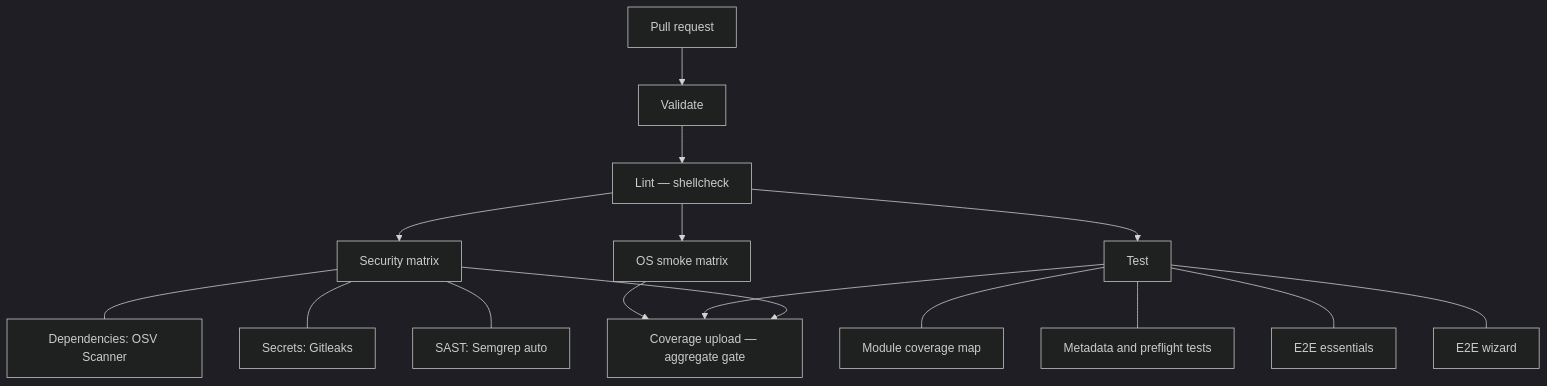
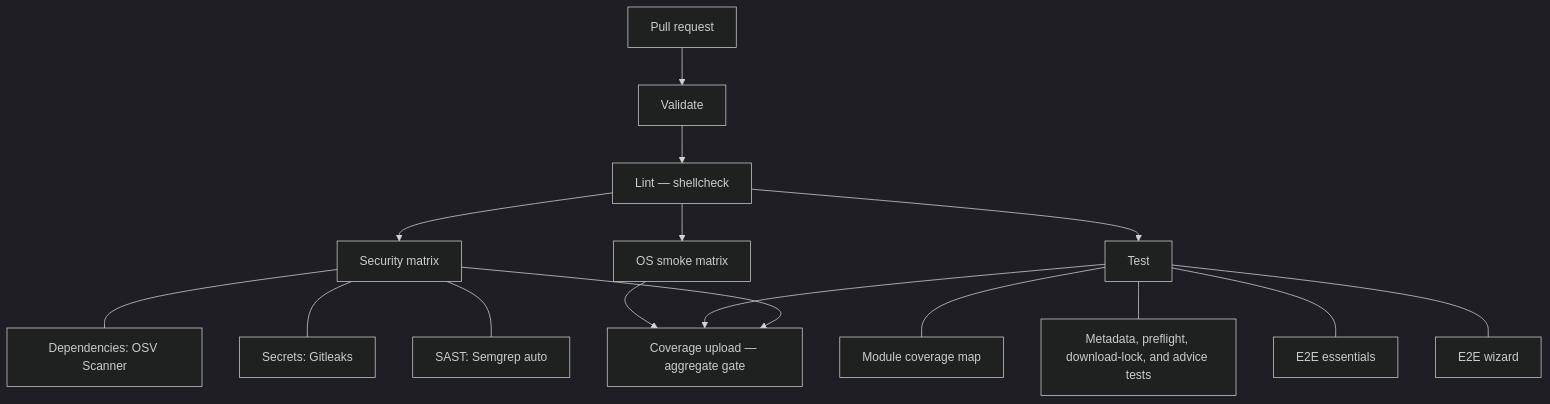
Before and after one commit to jooservices/server-installer: the second of 2 diagrams in WORKFLOWS.md, drawn with Mermaid (dark theme). The commit also changed 36 other files, not shown here.

````diff
--- a/WORKFLOWS.md
+++ b/WORKFLOWS.md
@@ -48,19 +48,19 @@
 ```mermaid
 flowchart TD
     PR[Pull request] --> V[Validate]
     V --> L[Lint — shellcheck]
     L --> S[Security matrix]
     L --> T[Test]
     S --> C[Coverage upload — aggregate gate]
     T --> C
 
     S --- S1[Dependencies: OSV Scanner]
     S --- S2[Secrets: Gitleaks]
     S --- S3[SAST: Semgrep auto]
     T --- T1[Module coverage map]
-    T --- T2[Metadata and preflight tests]
+    T --- T2[Metadata, preflight, download-lock, and advice tests]
     T --- T3[E2E essentials]
     T --- T4[E2E wizard]
     L --> T5[OS smoke matrix]
     T5 --> C
 ```
````
